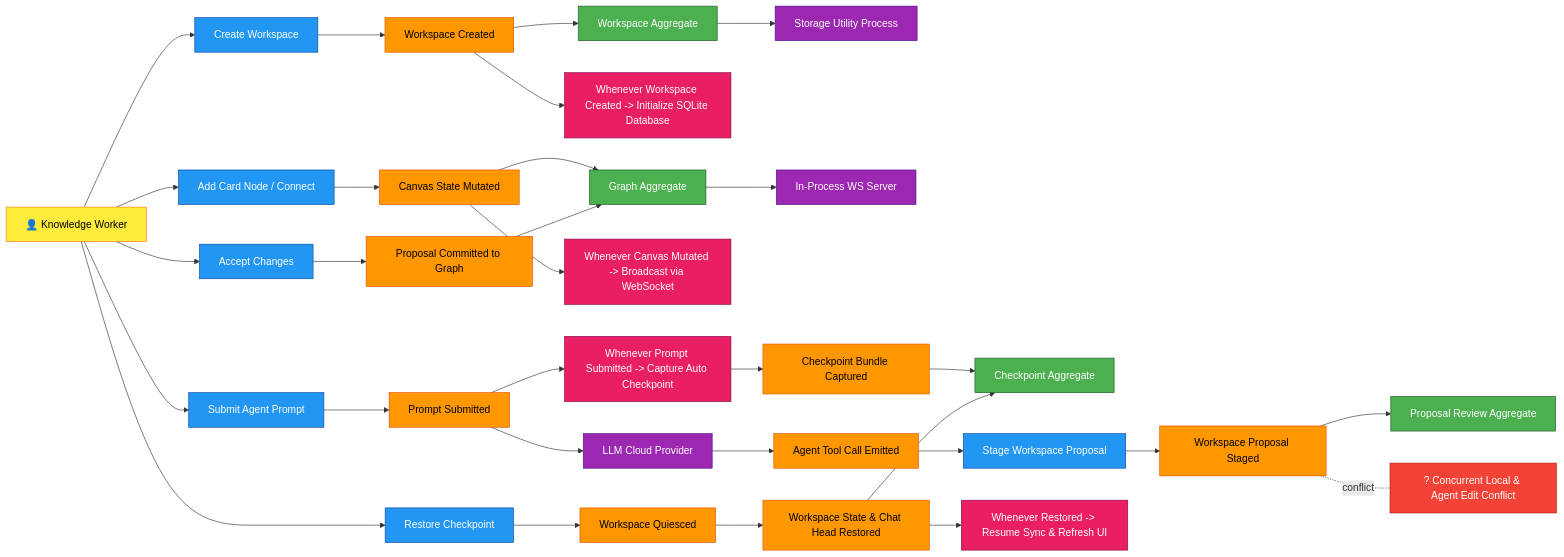
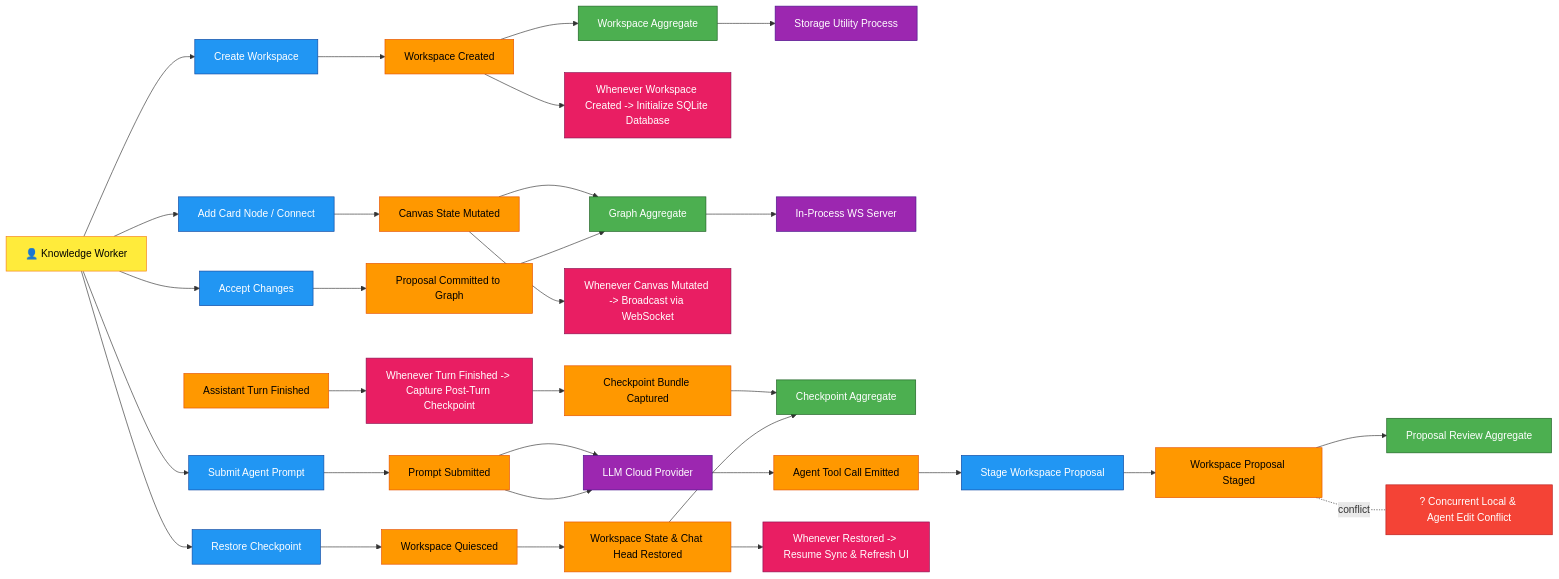
The second of 17 diagrams in docs/design-catalog/README.md (Goldwaterfung/Collaragent), drawn with Mermaid before and after one commit. The commit also changed other lines of this file and 52 other files, not shown here.

```diff
--- a/docs/design-catalog/README.md
+++ b/docs/design-catalog/README.md
@@ -136,18 +136,23 @@
     AggGraph --> SysWSServer
     EvtCanvasMutated --> PolBroadcast
 
-    %% 3. Agent Invocation & Auto-Checkpoint
+    %% 3. Agent Invocation & Turn Execution
     CmdSendPrompt[Submit Agent Prompt]:::command
     EvtPromptSent[Prompt Submitted]:::event
-    PolAutoCheck[Whenever Prompt Submitted -> Capture Auto Checkpoint]:::policy
-    EvtCheckSaved[Checkpoint Bundle Captured]:::event
-    AggCheck[Checkpoint Aggregate]:::aggregate
     SysLLM[LLM Cloud Provider]:::system
 
     User --> CmdSendPrompt
     CmdSendPrompt --> EvtPromptSent
-    EvtPromptSent --> PolAutoCheck
-    PolAutoCheck --> EvtCheckSaved
+    EvtPromptSent --> SysLLM
+
+    %% 4. Post-Turn Checkpoint & Bundle Capture
+    EvtTurnFinished[Assistant Turn Finished]:::event
+    PolPostTurnCheck[Whenever Turn Finished -> Capture Post-Turn Checkpoint]:::policy
+    EvtCheckSaved[Checkpoint Bundle Captured]:::event
+    AggCheck[Checkpoint Aggregate]:::aggregate
+
+    EvtTurnFinished --> PolPostTurnCheck
+    PolPostTurnCheck --> EvtCheckSaved
     EvtCheckSaved --> AggCheck
 
     %% 4. Agent Tool Execution & Staged Proposals
```
